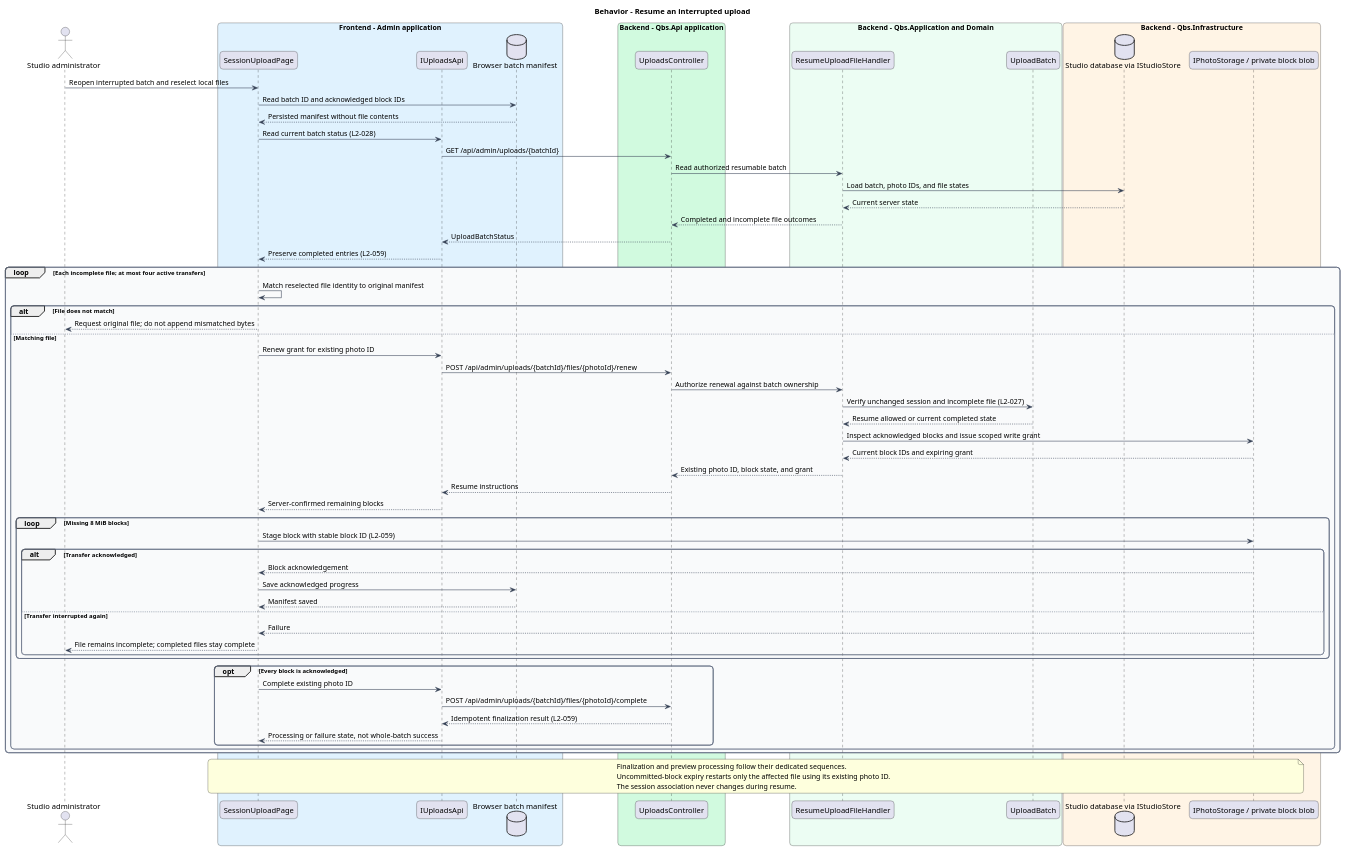
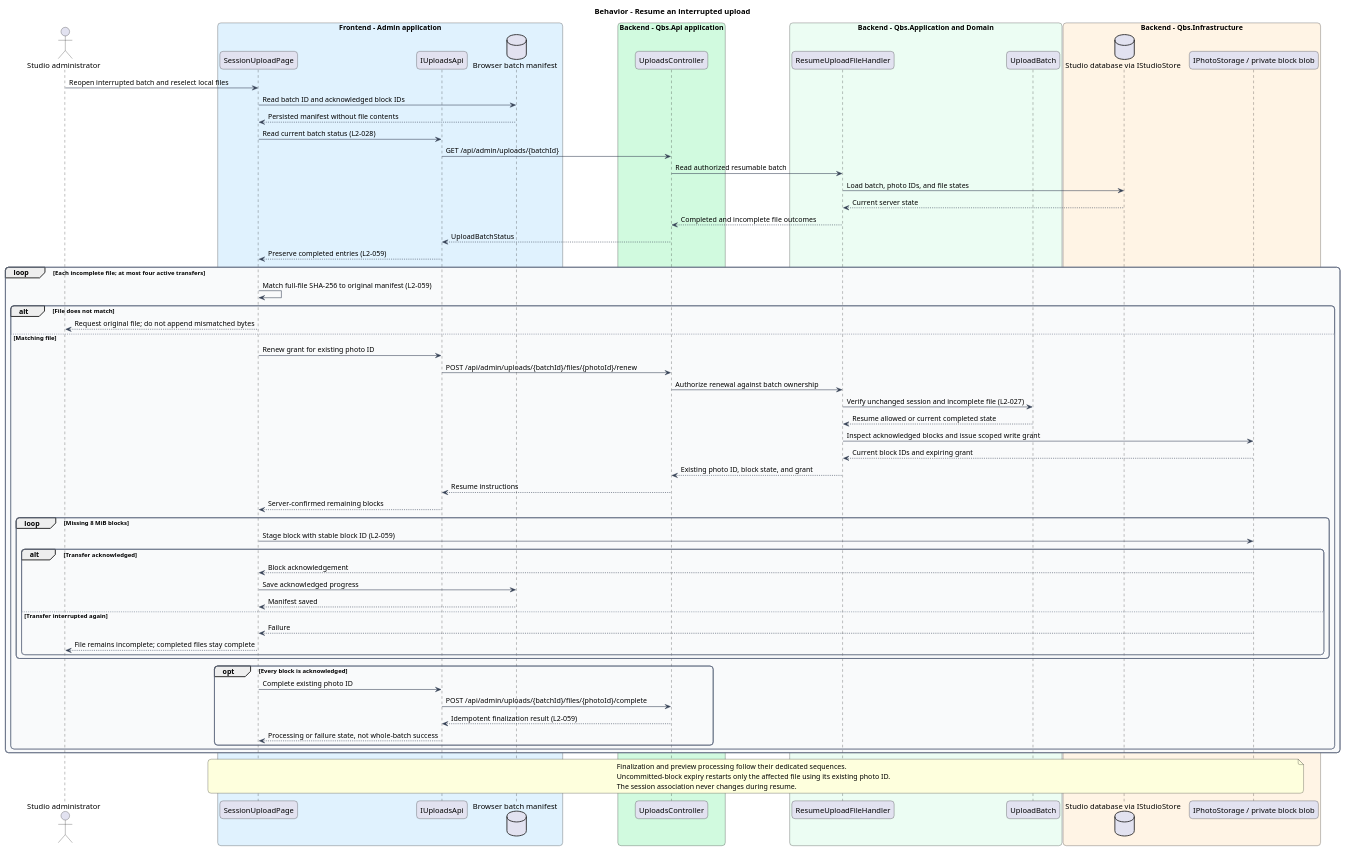
The diagram in docs/detailed-designs/session-photos/upload-session-photos/diagrams/sequence-resume-upload.puml (QuinntyneBrown/quinntyne-brown-studio), drawn with PlantUML before and after one commit. The commit also changed 5 other files, not shown here.

```diff
--- a/docs/detailed-designs/session-photos/upload-session-photos/diagrams/sequence-resume-upload.puml
+++ b/docs/detailed-designs/session-photos/upload-session-photos/diagrams/sequence-resume-upload.puml
@@ -1,84 +1,84 @@
 @startuml
 skinparam backgroundColor #FFFFFF
 skinparam shadowing false
 skinparam roundcorner 12
 skinparam defaultFontName Arial
 skinparam ArrowColor #344054
 skinparam rectangle {
  BorderColor #344054
  FontColor #101828
 }
 skinparam package {
  BorderColor #667085
  FontColor #101828
  BackgroundColor #F9FAFB
 }
 title Behavior - Resume an interrupted upload
 actor "Studio administrator" as actor
 box "Frontend - Admin application" #E0F2FE
  participant "SessionUploadPage" as page
  participant "IUploadsApi" as client
  database "Browser batch manifest" as local
 end box
 box "Backend - Qbs.Api application" #D1FADF
  participant "UploadsController" as controller
 end box
 box "Backend - Qbs.Application and Domain" #ECFDF3
  participant "ResumeUploadFileHandler" as handler
  participant "UploadBatch" as batch
 end box
 box "Backend - Qbs.Infrastructure" #FFF4E5
  database "Studio database via IStudioStore" as db
  participant "IPhotoStorage / private block blob" as storage
 end box
 actor -> page : Reopen interrupted batch and reselect local files
 page -> local : Read batch ID and acknowledged block IDs
 local --> page : Persisted manifest without file contents
 page -> client : Read current batch status (L2-028)
 client -> controller : GET /api/admin/uploads/{batchId}
 controller -> handler : Read authorized resumable batch
 handler -> db : Load batch, photo IDs, and file states
 db --> handler : Current server state
 handler --> controller : Completed and incomplete file outcomes
 controller --> client : UploadBatchStatus
 client --> page : Preserve completed entries (L2-059)
 loop Each incomplete file; at most four active transfers
- page -> page : Match reselected file identity to original manifest
+ page -> page : Match full-file SHA-256 to original manifest (L2-059)
  alt File does not match
   page --> actor : Request original file; do not append mismatched bytes
  else Matching file
   page -> client : Renew grant for existing photo ID
   client -> controller : POST /api/admin/uploads/{batchId}/files/{photoId}/renew
   controller -> handler : Authorize renewal against batch ownership
   handler -> batch : Verify unchanged session and incomplete file (L2-027)
   batch --> handler : Resume allowed or current completed state
   handler -> storage : Inspect acknowledged blocks and issue scoped write grant
   storage --> handler : Current block IDs and expiring grant
   handler --> controller : Existing photo ID, block state, and grant
   controller --> client : Resume instructions
   client --> page : Server-confirmed remaining blocks
   loop Missing 8 MiB blocks
    page -> storage : Stage block with stable block ID (L2-059)
    alt Transfer acknowledged
     storage --> page : Block acknowledgement
     page -> local : Save acknowledged progress
     local --> page : Manifest saved
    else Transfer interrupted again
     storage --> page : Failure
     page --> actor : File remains incomplete; completed files stay complete
    end
   end
   opt Every block is acknowledged
    page -> client : Complete existing photo ID
    client -> controller : POST /api/admin/uploads/{batchId}/files/{photoId}/complete
    controller --> client : Idempotent finalization result (L2-059)
    client --> page : Processing or failure state, not whole-batch success
   end
  end
 end
 note over page, storage
 Finalization and preview processing follow their dedicated sequences.
 Uncommitted-block expiry restarts only the affected file using its existing photo ID.
 The session association never changes during resume.
 end note
 @enduml
```
